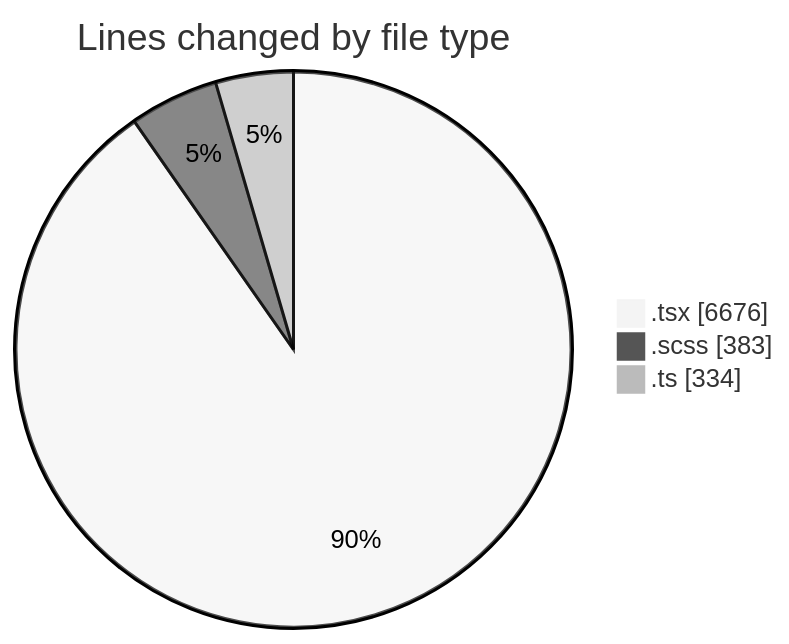
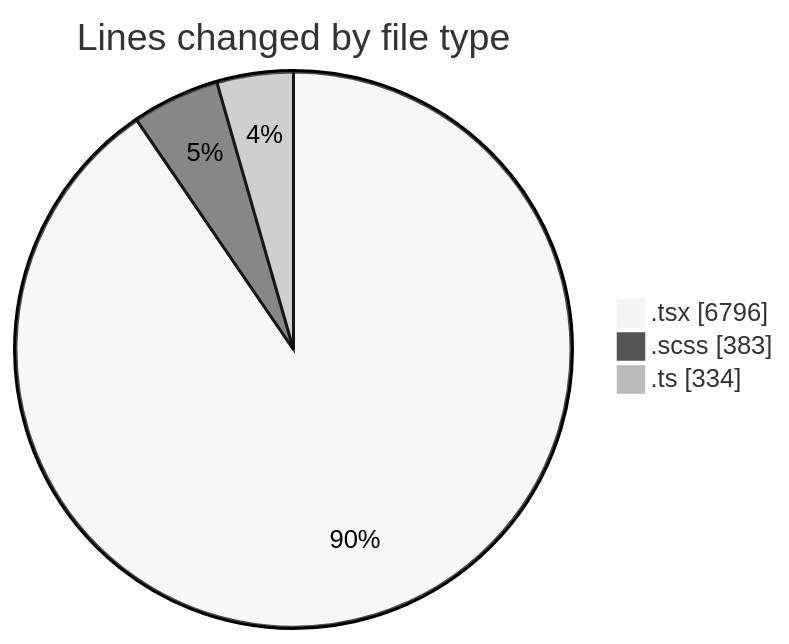
The first of 2 diagrams in 2025-07-03/cda/README.md (momahboobian/code-tracking), drawn with Mermaid (neutral theme) before and after one commit. The commit also changed other lines of this file and 1 other file, not shown here.

````diff
--- a/2025-07-03/cda/README.md
+++ b/2025-07-03/cda/README.md
@@ -42,7 +43,7 @@
 ```mermaid
 pie showData
 title Lines changed by file type
-".tsx" : 6676
+".tsx" : 6796
 ".scss" : 383
 ".ts" : 334
 ```
````
